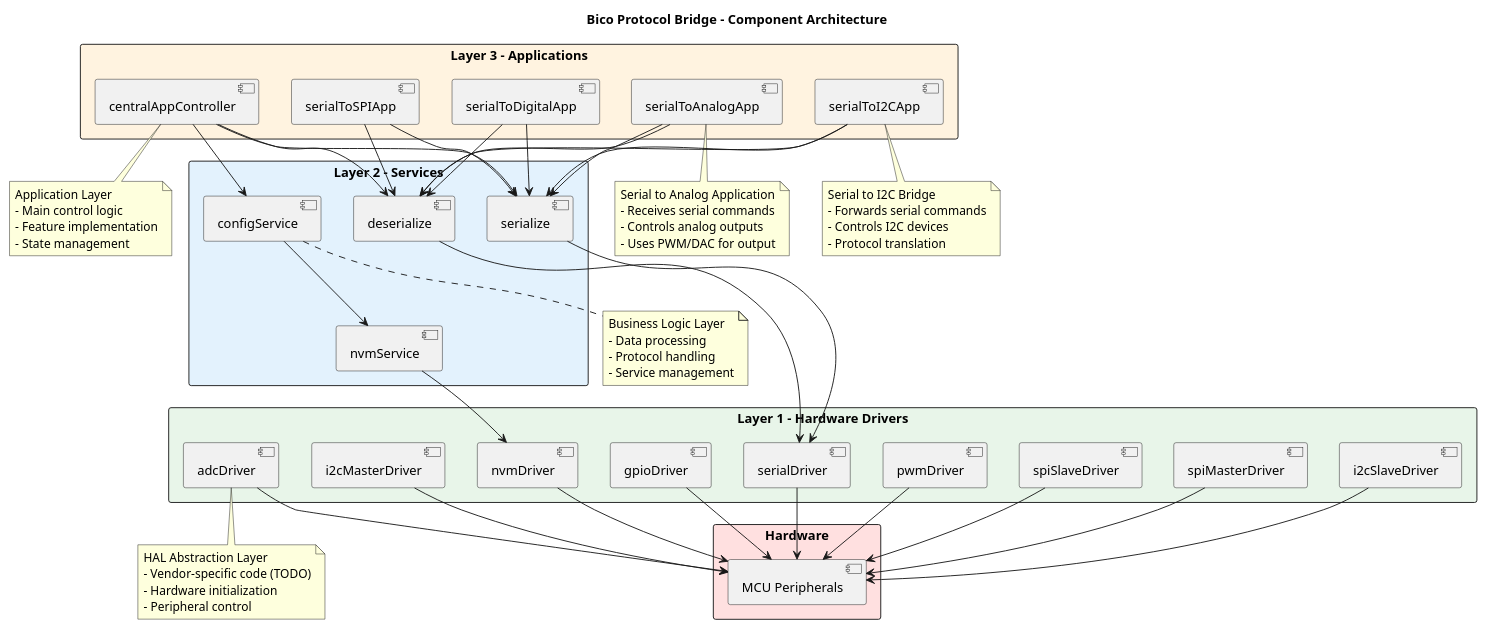
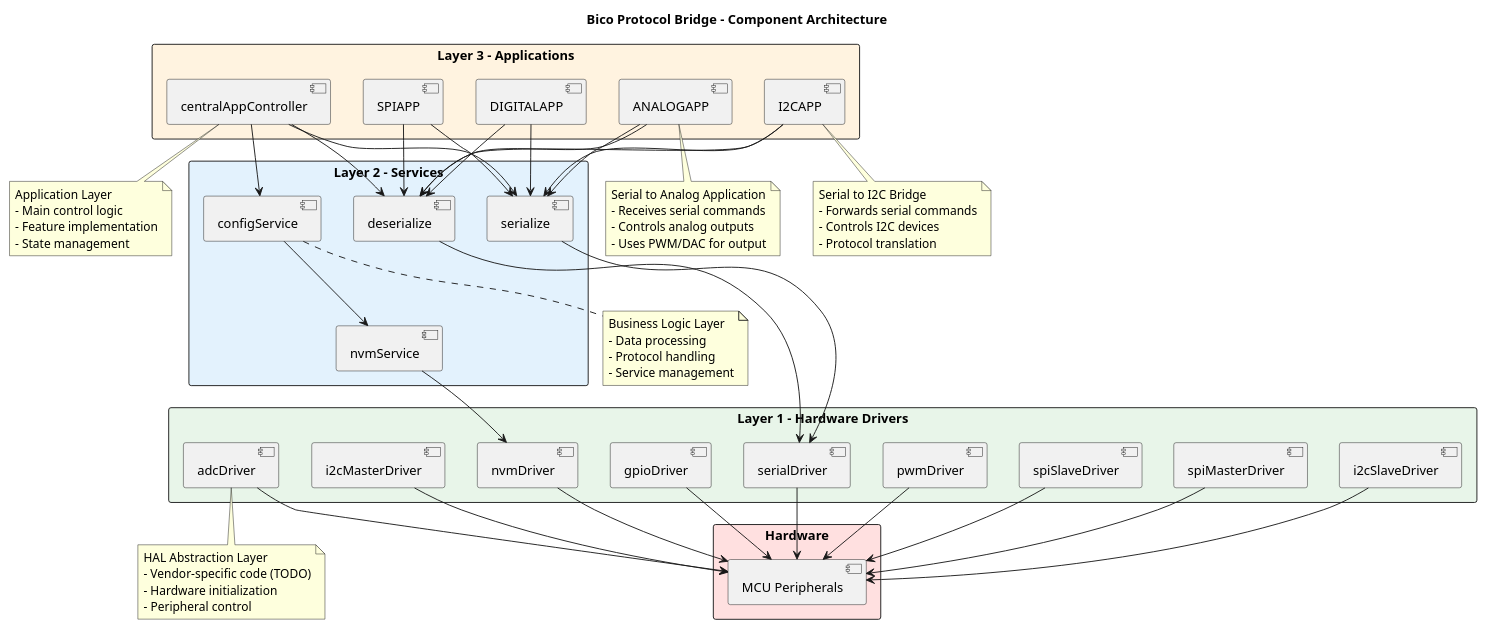
Before and after one commit to LinhTrucVo/Bico_Protocol_Bridge: the diagram in 3_swComp/ComponentArchitecture.puml, drawn with PlantUML. The commit also changed 208 other files, not shown here.

Commit message:
replace the name for serialToAnalogApp, serialToDigitalApp, serialToI2CApp, serialToSPIApp to the new name without "serialTo"

```diff
--- a/3_swComp/ComponentArchitecture.puml
+++ b/3_swComp/ComponentArchitecture.puml
@@ -1,107 +1,107 @@
 @startuml ComponentArchitecture
 
 title Bico Protocol Bridge - Component Architecture
 
 skinparam packageStyle rectangle
 
 package "Layer 3 - Applications" #FFF3E0 {
     [centralAppController] as central
-    [serialToAnalogApp] as s2a
-    [serialToDigitalApp] as s2d
-    [serialToI2CApp] as s2i2c
-    [serialToSPIApp] as s2spi
+    [ANALOGAPP] as s2a
+    [DIGITALAPP] as s2d
+    [I2CAPP] as s2i2c
+    [SPIAPP] as s2spi
 }
 
 package "Layer 2 - Services" #E3F2FD {
     [configService] as cfg
     [deserialize] as deser
     [serialize] as ser
     [nvmService] as nvms
 }
 
 package "Layer 1 - Hardware Drivers" #E8F5E9 {
     [adcDriver] as adc
     [gpioDriver] as gpio
     [serialDriver] as uart
     [i2cMasterDriver] as i2cm
     [i2cSlaveDriver] as i2cs
     [spiMasterDriver] as spim
     [spiSlaveDriver] as spis
     [pwmDriver] as pwm
     [nvmDriver] as nvm
 }
 
 package "Hardware" #FFE0E0 {
     [MCU Peripherals] as hw
 }
 
 ' Layer 3 to Layer 2 dependencies
 central --> deser
 central --> ser
 central --> cfg
 
 s2a --> deser
 s2a --> ser
 
 s2d --> deser
 s2d --> ser
 
 s2i2c --> deser
 s2i2c --> ser
 
 s2spi --> deser
 s2spi --> ser
 
 ' Layer 2 to Layer 1 dependencies
 cfg --> nvms
 deser --> uart
 ser --> uart
 nvms --> nvm
 
 ' Layer 1 to Hardware dependencies
 adc --> hw
 gpio --> hw
 uart --> hw
 i2cm --> hw
 i2cs --> hw
 spim --> hw
 spis --> hw
 pwm --> hw
 nvm --> hw
 
 note bottom of s2a
   Serial to Analog Application
   - Receives serial commands
   - Controls analog outputs
   - Uses PWM/DAC for output
 end note
 
 note bottom of s2i2c
   Serial to I2C Bridge
   - Forwards serial commands
   - Controls I2C devices
   - Protocol translation
 end note
 
 note bottom of adc
   HAL Abstraction Layer
   - Vendor-specific code (TODO)
   - Hardware initialization
   - Peripheral control
 end note
 
 note bottom of cfg
   Business Logic Layer
   - Data processing
   - Protocol handling
   - Service management
 end note
 
 note bottom of central
   Application Layer
   - Main control logic
   - Feature implementation
   - State management
 end note
 
 @enduml
```
